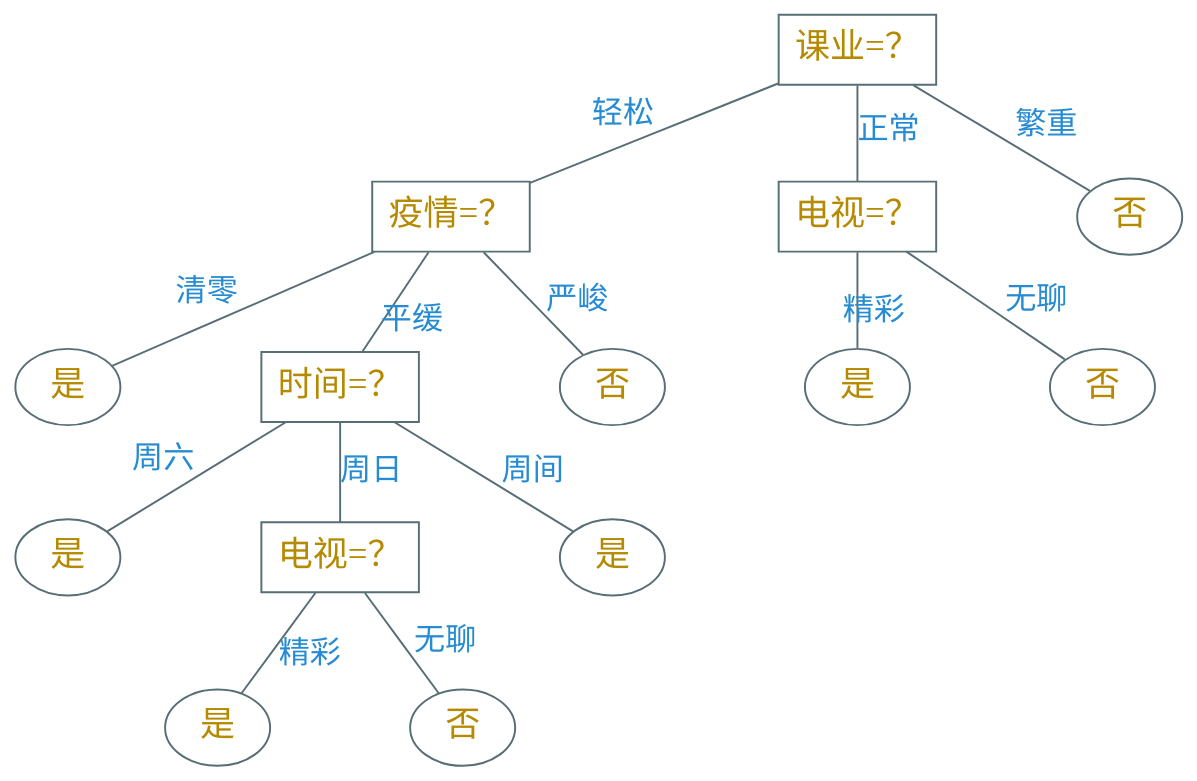
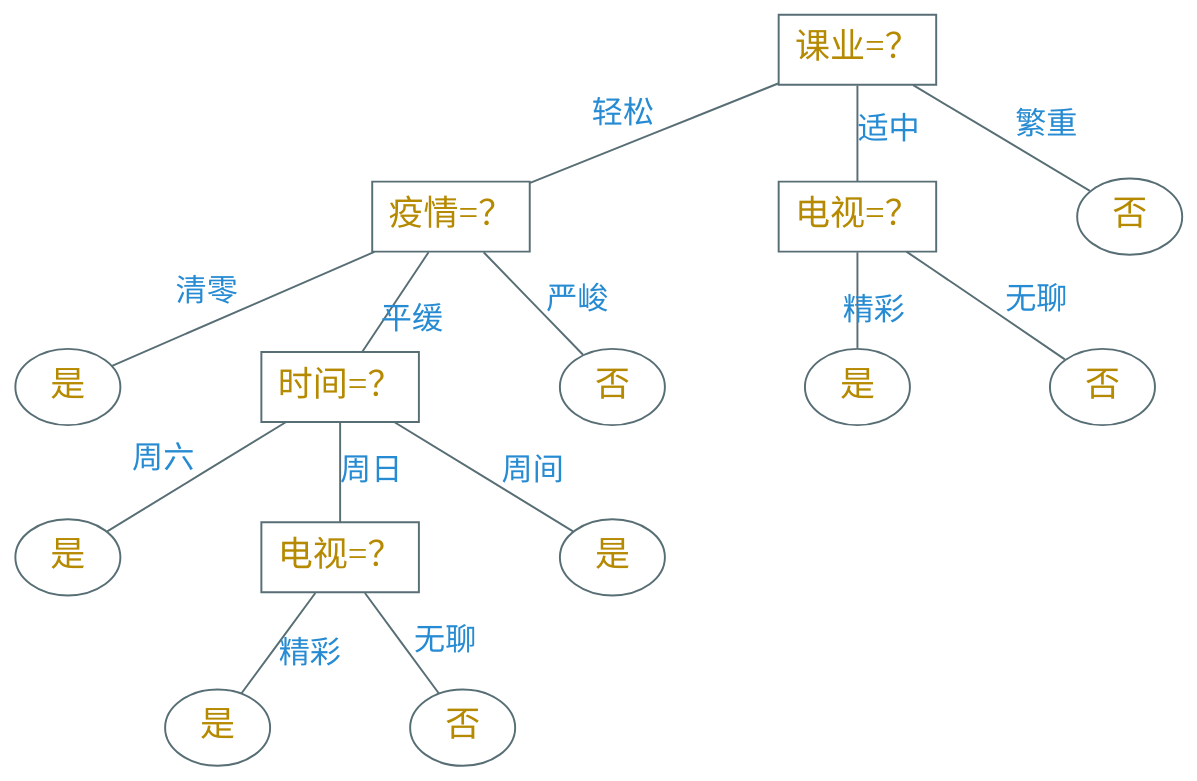
Before and after one commit to Avanti1980/course-ml: the diagram in dot/dt.dot, drawn with Graphviz. The commit also changed 6 other files, not shown here.

```diff
--- a/dot/dt.dot
+++ b/dot/dt.dot
@@ -1,41 +1,41 @@
 digraph g {
     graph [nodesep=1.0, ranksep=0.4]
     bgcolor="transparent"
     node [shape=box color="#586e75" fontcolor="#b58900" fontsize=18 fontname="Ysabeau,LXGWWenKai"]
     edge [color="#586e75" fontcolor="#268bd2" fontsize=16 fontname="Ysabeau,LXGWWenKai" arrowhead=none]
 
     "课业=？" -> "疫情=？" [xlabel="轻松"]
-    "课业=？" -> "电视=？" [label="正常"]
+    "课业=？" -> "电视=？" [label="适中"]
 
     node [shape=ellipse]
 
     "课业=？" -> "否" [headlabel="繁重" labeldistance=4]
     "电视=？" -> "是" [headlabel="精彩" labeldistance=2]
 
     y2 [label="是"]
     y3 [label="是"]
     n2 [label="否"]
 
     "电视=？" -> n2 [label="无聊"]
     "疫情=？" -> y2 [xlabel="清零"]
 
     node [shape=box]
     tv [label="电视=？"]
     "疫情=？" -> "时间=？" [headlabel="平缓" labeldistance=3]
 
     node [shape=ellipse]
     n3 [label="否"]
     y4 [label="是"]
     y5 [label="是"]
     n4 [label="否"]
     "疫情=？" -> n3 [label="严峻"]
 
     "时间=？" -> y3 [xlabel="周六"]
 
     node [shape=box]
     "时间=？" -> tv [label="周日"]
     "时间=？" -> y4 [label="周间"]
 
     tv -> y5 [headlabel="精彩" labeldistance=4]
     tv -> n4 [label="无聊"]
 }
```
